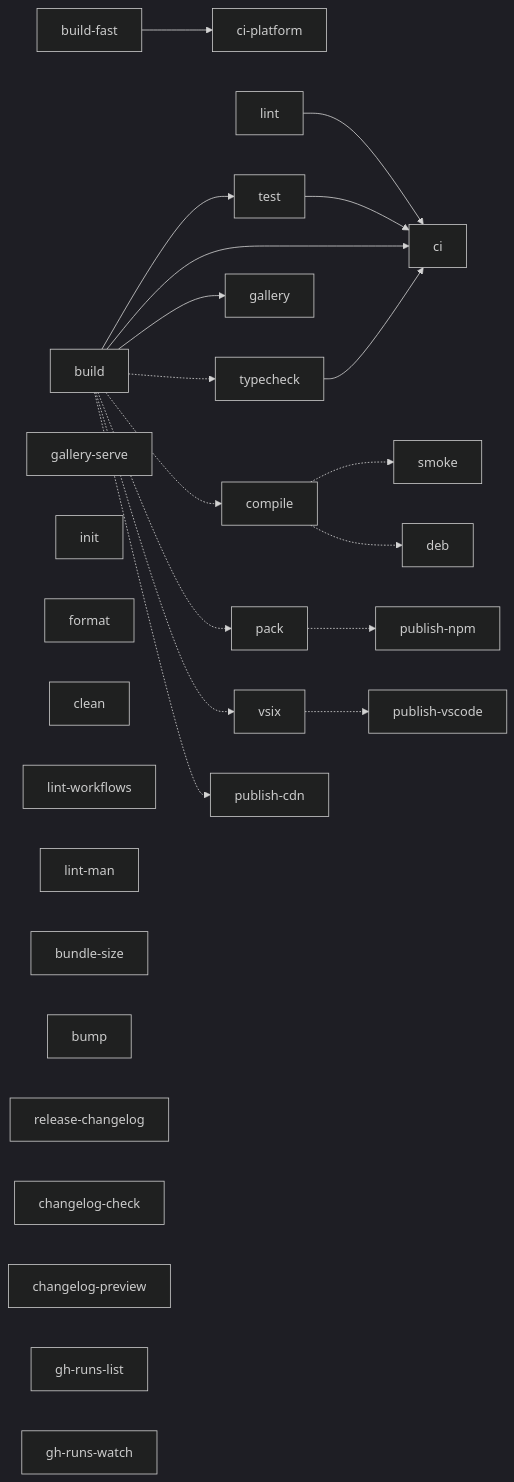
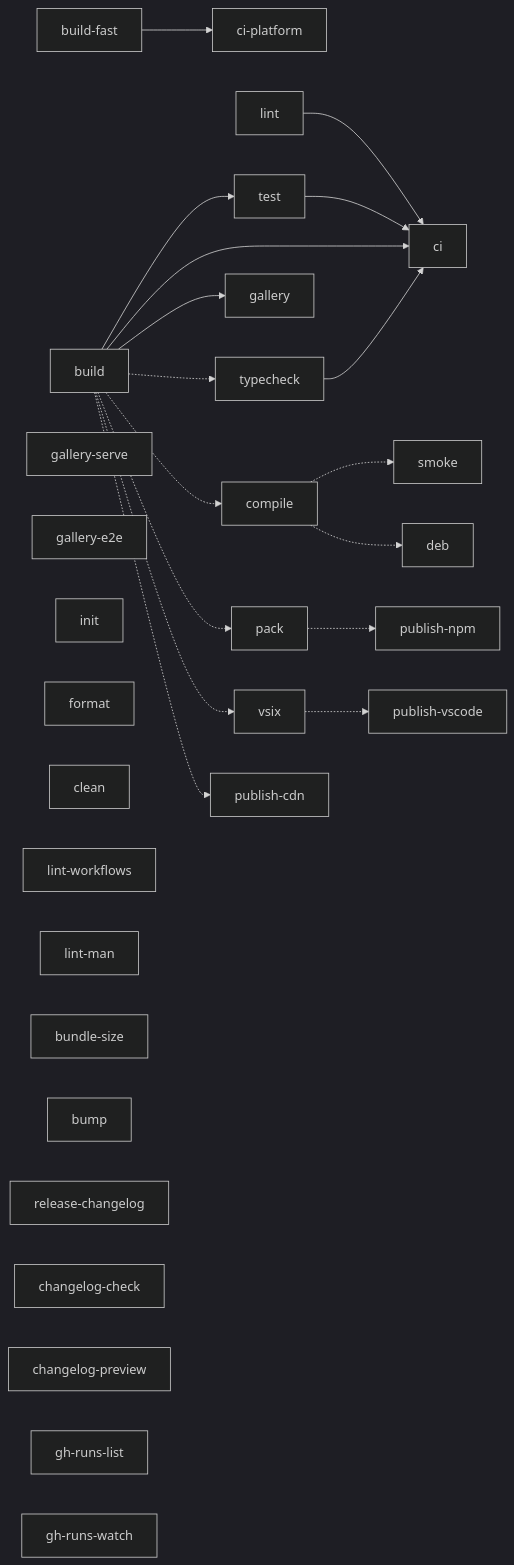
The diagram in Makefile.md (lolay/nowline), drawn with Mermaid (dark theme) before and after one commit. The commit also changed other lines of this file and 4 other files, not shown here.

````diff
--- a/Makefile.md
+++ b/Makefile.md
@@ -12,40 +12,41 @@
 ```mermaid
 graph LR
     %% solid = hard prerequisite (make runs the left target first)
     build --> test
     lint --> ci
     build --> ci
     typecheck --> ci
     test --> ci
     build_fast["build-fast"] --> ci_platform["ci-platform"]
     build --> gallery
 
     %% dotted = consumes the left target's output but is not a hard make
     %% prerequisite: typecheck is ordered after build inside ci instead, and
     %% the release artifacts come from a separate CI job (see "Why publish-*
     %% don't hard-depend on build" below)
     build -.-> typecheck
     build -.-> compile
     compile -.-> smoke
     compile -.-> deb
     build -.-> pack
     build -.-> vsix
     pack -.-> publish_npm["publish-npm"]
     vsix -.-> publish_vscode["publish-vscode"]
     build -.-> publish_cdn["publish-cdn"]
 
     %% standalone
     gallery_serve["gallery-serve"]
+    gallery_e2e["gallery-e2e"]
     init
     format
     clean
     lint_workflows["lint-workflows"]
     lint_man["lint-man"]
     bundle_size["bundle-size"]
     bump
     release_changelog["release-changelog"]
     changelog_check["changelog-check"]
     changelog_preview["changelog-preview"]
     gh_runs_list["gh-runs-list"]
     gh_runs_watch["gh-runs-watch"]
 ```
````
